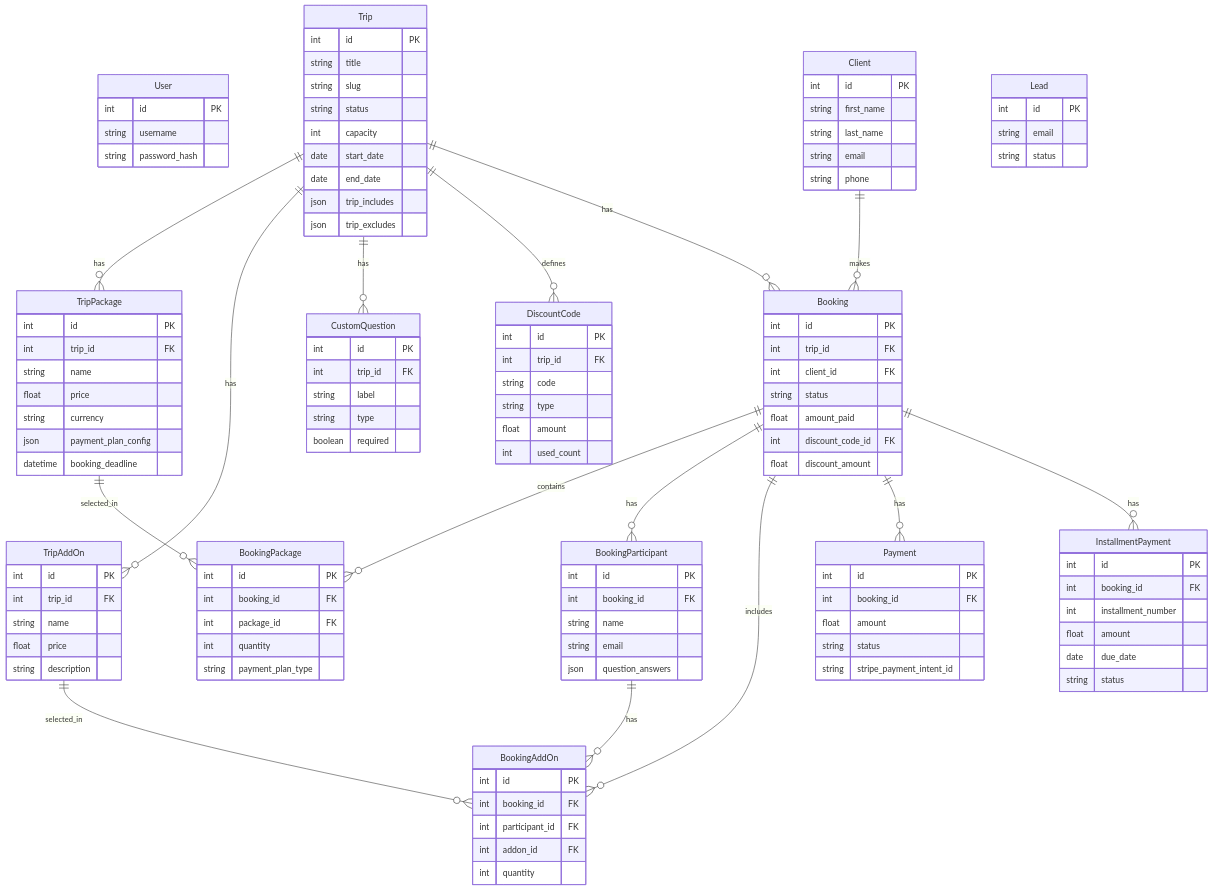
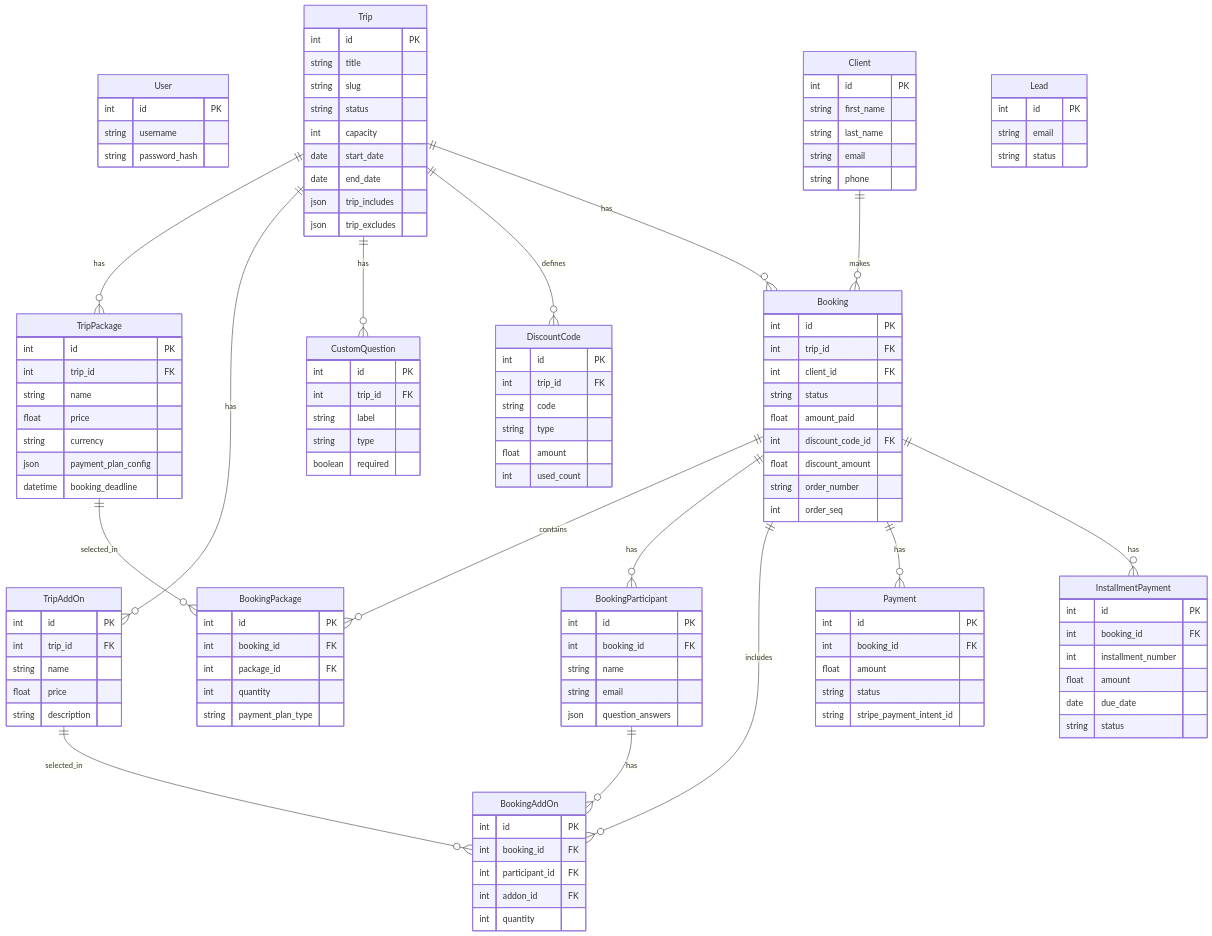
One commit to Arafat0319/nhtours changed the first of 2 diagrams in context/02_数据库设计.md. Above: the diagram before and after it, drawn with Mermaid. The commit also changed other lines of this file and 57 other files, not shown here.

```diff
--- a/context/02_数据库设计.md
+++ b/context/02_数据库设计.md
@@ -77,6 +77,8 @@
         float amount_paid
         int discount_code_id FK
         float discount_amount
+        string order_number
+        int order_seq
     }
     BookingPackage {
         int id PK
```
